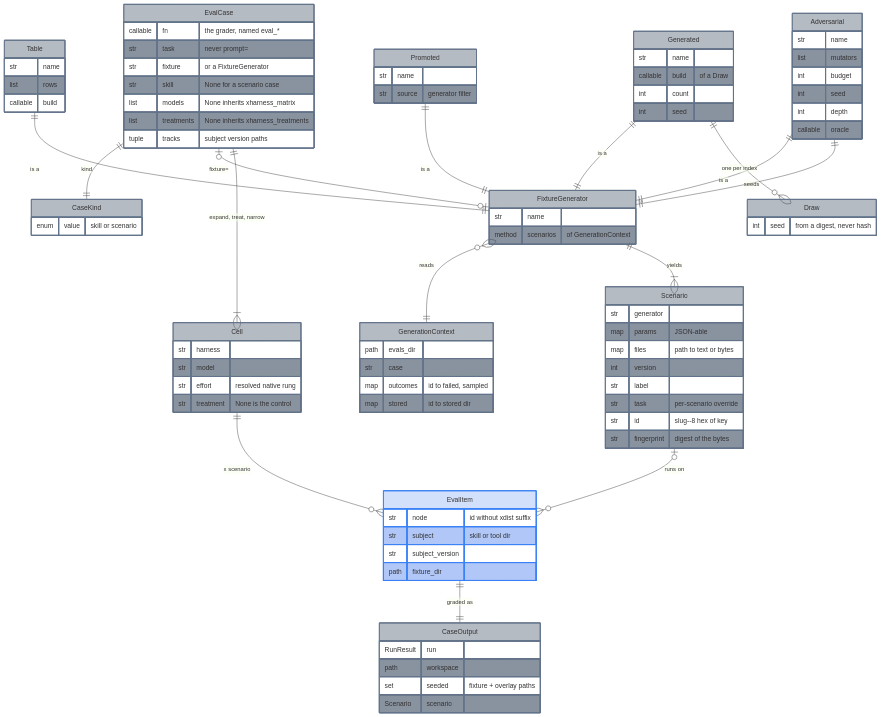
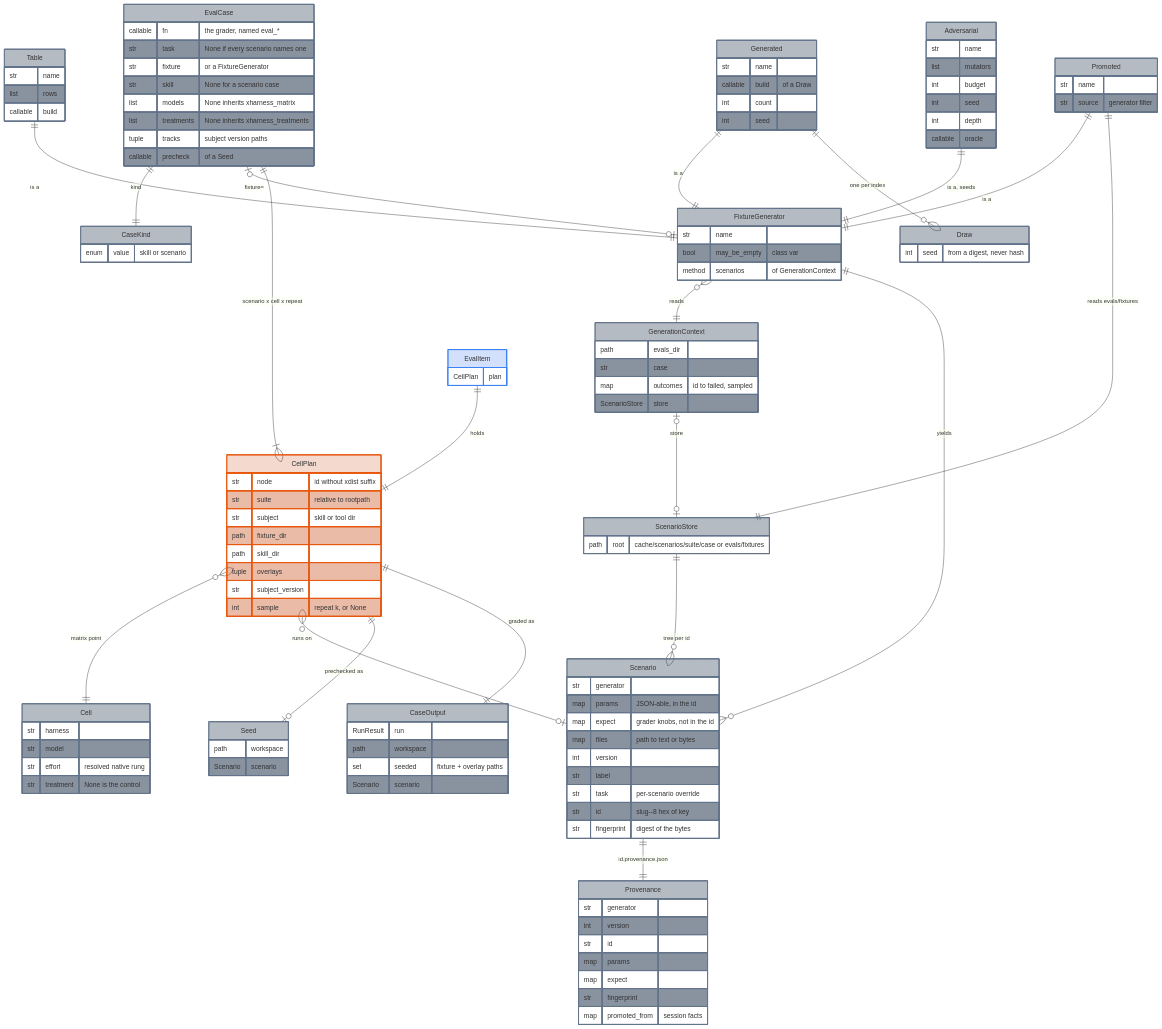
Diagram 15 of 39 in ARCHITECTURE.md (neozenith/pytest-xharness-eval), drawn with Mermaid before and after one commit. The commit also changed other lines of this file and 1 other file, not shown here.

First line of the commit message:
docs: ARCHITECTURE.md refreshed for the wired Analyzer, CellPlan and ADR 0076 names

````diff
--- a/ARCHITECTURE.md
+++ b/ARCHITECTURE.md
@@ -748,35 +771,50 @@
 erDiagram
     EvalCase {
         callable fn "the grader, named eval_*"
-        str task "never prompt="
+        str task "None if every scenario names one"
         str fixture "or a FixtureGenerator"
         str skill "None for a scenario case"
         list models "None inherits xharness_matrix"
         list treatments "None inherits xharness_treatments"
         tuple tracks "subject version paths"
+        callable precheck "of a Seed"
     }
     CaseKind {
         enum value "skill or scenario"
     }
     FixtureGenerator {
         str name
+        bool may_be_empty "class var"
         method scenarios "of GenerationContext"
     }
     GenerationContext {
         path evals_dir
         str case
         map outcomes "id to failed, sampled"
-        map stored "id to stored dir"
+        ScenarioStore store
     }
     Scenario {
         str generator
-        map params "JSON-able"
+        map params "JSON-able, in the id"
+        map expect "grader knobs, not in the id"
         map files "path to text or bytes"
         int version
         str label
         str task "per-scenario override"
         str id "slug--8 hex of key"
         str fingerprint "digest of the bytes"
+    }
+    Provenance {
+        str generator
+        int version
+        str id
+        map params
+        map expect
+        str fingerprint
+        map promoted_from "session facts"
+    }
+    ScenarioStore {
+        path root "cache/scenarios/suite/case or evals/fixtures"
     }
     Table {
         str name
@@ -810,11 +848,22 @@
         str effort "resolved native rung"
         str treatment "None is the control"
     }
+    CellPlan {
+        str node "id without xdist suffix"
+        str suite "relative to rootpath"
+        str subject "skill or tool dir"
+        path fixture_dir
+        path skill_dir
+        tuple overlays
+        str subject_version
+        int sample "repeat k, or None"
+    }
     EvalItem {
-        str node "id without xdist suffix"
-        str subject "skill or tool dir"
-        str subject_version
-        path fixture_dir
+        CellPlan plan
+    }
+    Seed {
+        path workspace
+        Scenario scenario
     }
     CaseOutput {
         RunResult run
@@ -828,18 +877,25 @@
     Table ||--|| FixtureGenerator : "is a"
     Generated ||--|| FixtureGenerator : "is a"
     Promoted ||--|| FixtureGenerator : "is a"
-    Adversarial ||--|| FixtureGenerator : "is a"
-    Adversarial ||--|| FixtureGenerator : "seeds"
+    Adversarial ||--|| FixtureGenerator : "is a, seeds"
     Generated ||--o{ Draw : "one per index"
     FixtureGenerator }o--|| GenerationContext : "reads"
-    FixtureGenerator ||--|{ Scenario : "yields"
-    EvalCase ||--|{ Cell : "expand, treat, narrow"
-    Cell ||--o{ EvalItem : "x scenario"
-    Scenario |o--o{ EvalItem : "runs on"
-    EvalItem ||--|| CaseOutput : "graded as"
+    GenerationContext |o--o| ScenarioStore : "store"
+    FixtureGenerator ||--o{ Scenario : "yields"
+    ScenarioStore ||--o{ Scenario : "tree per id"
+    Scenario ||--|| Provenance : "id.provenance.json"
+    Promoted ||--|| ScenarioStore : "reads evals/fixtures"
+    EvalCase ||--|{ CellPlan : "scenario x cell x repeat"
+    CellPlan }o--|| Cell : "matrix point"
+    CellPlan }o--o| Scenario : "runs on"
+    EvalItem ||--|| CellPlan : "holds"
+    CellPlan ||--o| Seed : "prechecked as"
+    CellPlan ||--|| CaseOutput : "graded as"
 
     classDef domain fill:#47556966,stroke:#64748b,stroke-width:2px
     classDef entry fill:#2563eb33,stroke:#3b82f6,stroke-width:2px
-    class EvalCase,CaseKind,FixtureGenerator,GenerationContext,Scenario,Table,Generated,Promoted,Adversarial,Draw,Cell,CaseOutput domain
+    classDef runtime fill:#c2410c33,stroke:#ea580c,stroke-width:2px
+    class EvalCase,CaseKind,FixtureGenerator,GenerationContext,Scenario,Provenance,ScenarioStore,Table,Generated,Promoted,Adversarial,Draw,Cell,Seed,CaseOutput domain
     class EvalItem entry
+    class CellPlan runtime
 ```
````
